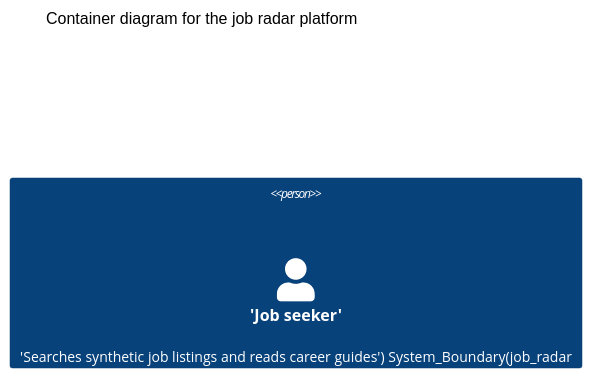
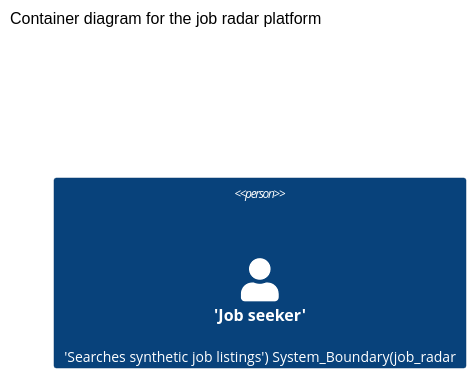
One commit to TuanKietTran/job-radar-mlops changed the diagram in docs/platform/diagrams/container.mmd. Above: the diagram before and after it, drawn with Mermaid (neutral theme). The commit also changed 39 other files, not shown here.

```diff
--- a/docs/platform/diagrams/container.mmd
+++ b/docs/platform/diagrams/container.mmd
@@ -1,30 +1,30 @@
 %% Container diagram for the job radar platform.
 %% Sources: ADR 0001, ADR 0003, ADR 0004, ADR 0005, ADR 0006, ADR 0007,
 %% ADR 0008, ADR 0010, ADR 0012. Proposed items are labelled proposed.
 C4Container
 title Container diagram for the job radar platform
-Person(job_seeker, 'Job seeker', 'Searches synthetic job listings and reads career guides')
+Person(job_seeker, 'Job seeker', 'Searches synthetic job listings')
 System_Boundary(job_radar, 'Job radar platform') {
-Container(web_pages, 'Static web pages', 'Plain HTML and CSS, standard library Python generators', 'Guides from web guides and company pages from web pages-extra, with search backed by search.json')
+Container(web_pages, 'Static web pages', 'Plain HTML and CSS, standard library Python generators', 'Company pages from web pages-extra, with search backed by search.json')
 Container(search_api, 'Search API', 'FastAPI served by uvicorn on port 8000', 'Serves health, jobs, one job, redirect and filters over canonical jobs')
 Container(ingest, 'Ingest pipeline', 'Standard library Python', 'Normalizes fixtures, dedupes postings and loads the local store')
 Container(salary, 'Salary engine', 'Standard library Python', 'Gross to net calculator using 2026 assumptions only, integer VND per month')
 Container(lakehouse, 'Ingest lakehouse', 'MLOps bronze, silver and gold layers', 'Later MLOps addition under mlops ingest')
 Container(observability, 'Observability stack', 'Prometheus, Grafana and OpenTelemetry collector, localhost only', 'JSON logs, tracing and Prometheus text metrics')
 Container(ledger, 'Token ledger', 'Proposed', 'Proposed ledger for AI call balances and charges, not built on main')
 ContainerDb(sqlite_store, 'SQLite local store', 'SQLite, schema in services ingest schema', 'Canonical jobs and the raw payload mirror, lists stored as JSON text')
 ContainerDb(doc_store, 'Document store', 'Filesystem under data raw', 'One verbatim raw payload per file at board and board job id')
 ContainerDb(canonical_jobs, 'Canonical jobs file', 'JSON at data processed jobs.json', 'Canonical jobs read by the search API, with a fixture fallback')
 }
 System_Ext(fixtures, 'Synthetic fixtures', 'Invented boards and jobs under data fixtures boards')
 Rel(job_seeker, web_pages, 'Reads pages and searches')
 Rel(job_seeker, search_api, 'Queries jobs by text, city, industry, remote, level, salary and experience')
 Rel(ingest, fixtures, 'Reads invented fixtures')
 Rel(ingest, doc_store, 'Writes verbatim raw payloads')
 Rel(ingest, sqlite_store, 'Writes canonical jobs and raw payload mirror')
 Rel(ingest, canonical_jobs, 'Writes canonical jobs and the dedupe report')
 Rel(search_api, canonical_jobs, 'Reads canonical jobs, falls back to the sample fixture')
-Rel(web_pages, canonical_jobs, 'Company pages read data companies.json, guides read articles')
+Rel(web_pages, canonical_jobs, 'Company pages read data companies.json')
 Rel(search_api, observability, 'Emits logs, traces and metrics')
 Rel(ingest, observability, 'Emits logs, traces and metrics')
 UpdateLayoutConfig($c4ShapeInRow="3", $c4BoundaryInRow="1")
```
